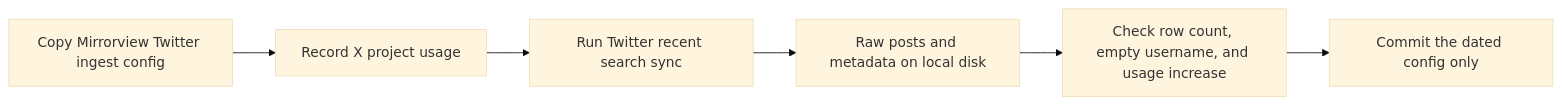
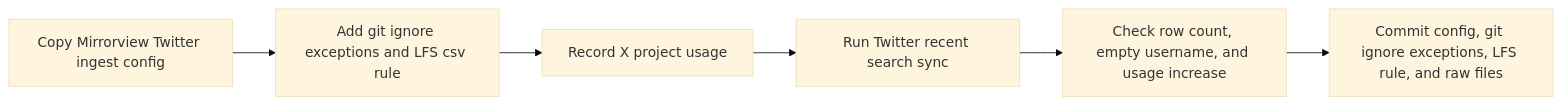
The diagram in docs/plans/2026-09-06_twitter_dated_sync_8k_75c92f/plan.md (METResearchGroup/mirrorView-task), drawn with Mermaid (base theme) before and after one commit. The commit also changed other lines of this file and 3 other files, not shown here.

First line of the commit message:
Commit the Twitter raw run with gitignore exceptions and LFS

````diff
--- a/docs/plans/2026-09-06_twitter_dated_sync_8k_75c92f/plan.md
+++ b/docs/plans/2026-09-06_twitter_dated_sync_8k_75c92f/plan.md
@@ -19,8 +19,8 @@
 ```mermaid
 flowchart LR
-  A[Copy Mirrorview Twitter ingest config] --> B[Record X project usage]
-  B --> C[Run Twitter recent search sync]
-  C --> D[Raw posts and metadata on local disk]
+  A[Copy Mirrorview Twitter ingest config] --> B[Add git ignore exceptions and LFS csv rule]
+  B --> C[Record X project usage]
+  C --> D[Run Twitter recent search sync]
   D --> E[Check row count, empty username, and usage increase]
-  E --> F[Commit the dated config only]
+  E --> F[Commit config, git ignore exceptions, LFS rule, and raw files]
 ```
````
